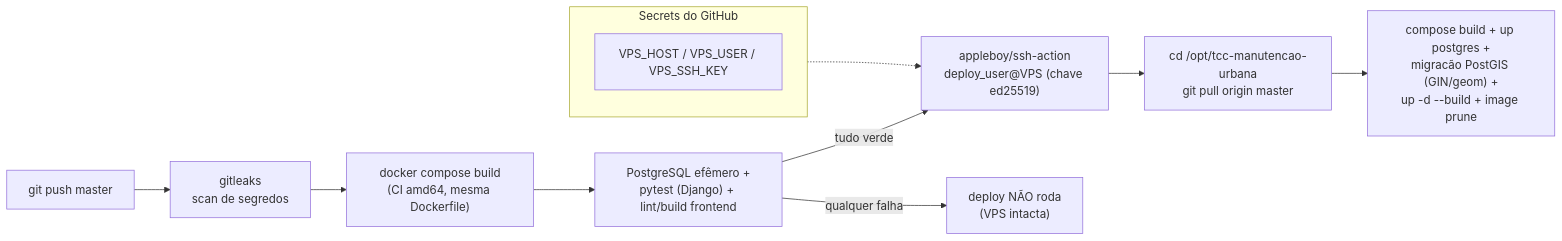
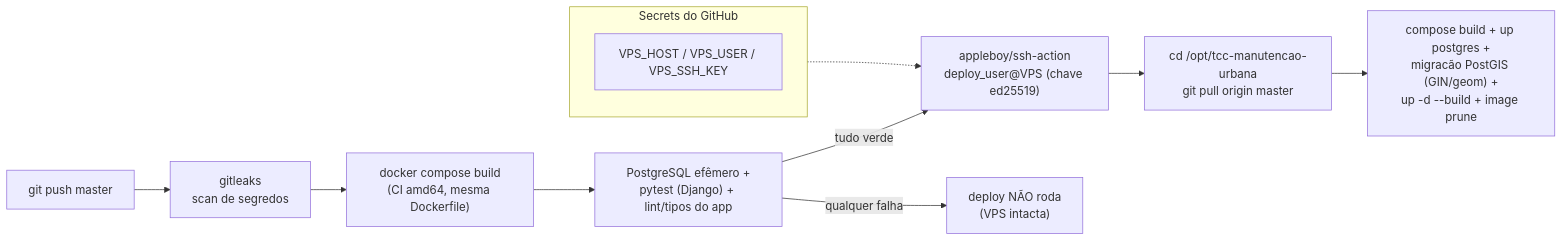
One commit to josemurilors/tcc-manutencao-urbana changed the second of 3 diagrams in docs/arquitetura/diagramas.md. Above: the diagram before and after it, drawn with Mermaid. The commit also changed other lines of this file and 106 other files, not shown here.

First line of the commit message:
feat!: o site passa a ser o build web do app Expo; remove o frontend React

````diff
--- a/docs/arquitetura/diagramas.md
+++ b/docs/arquitetura/diagramas.md
@@ -59,15 +59,15 @@
 ```mermaid
 flowchart LR
     PUSH["git push master"] --> GL["gitleaks<br/>scan de segredos"]
     GL --> BUILD["docker compose build<br/>(CI amd64, mesma Dockerfile)"]
-    BUILD --> TEST["PostgreSQL efêmero +<br/>pytest (Django) + lint/build frontend"]
+    BUILD --> TEST["PostgreSQL efêmero +<br/>pytest (Django) + lint/tipos do app"]
     TEST -->|tudo verde| SSH["appleboy/ssh-action<br/>deploy_user@VPS (chave ed25519)"]
     SSH --> PULL["cd /opt/tcc-manutencao-urbana<br/>git pull origin master"]
     PULL --> DEP["compose build + up postgres +<br/>migracão PostGIS (GIN/geom) +<br/>up -d --build + image prune"]
     TEST -->|qualquer falha| STOP["deploy NÃO roda<br/>(VPS intacta)"]
 
     subgraph SEC["Secrets do GitHub"]
         S1["VPS_HOST / VPS_USER / VPS_SSH_KEY"]
     end
     SEC -.-> SSH
 ```
````
